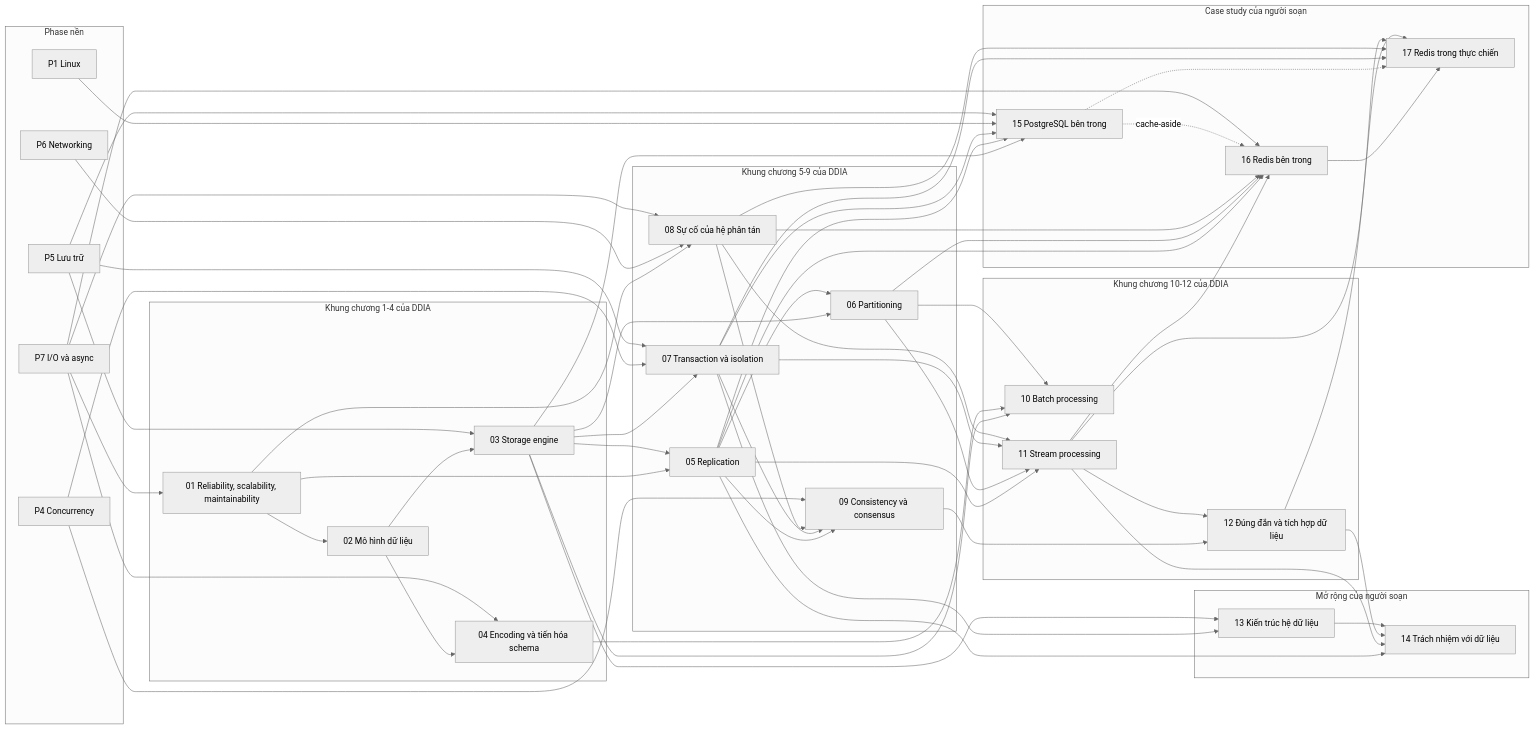
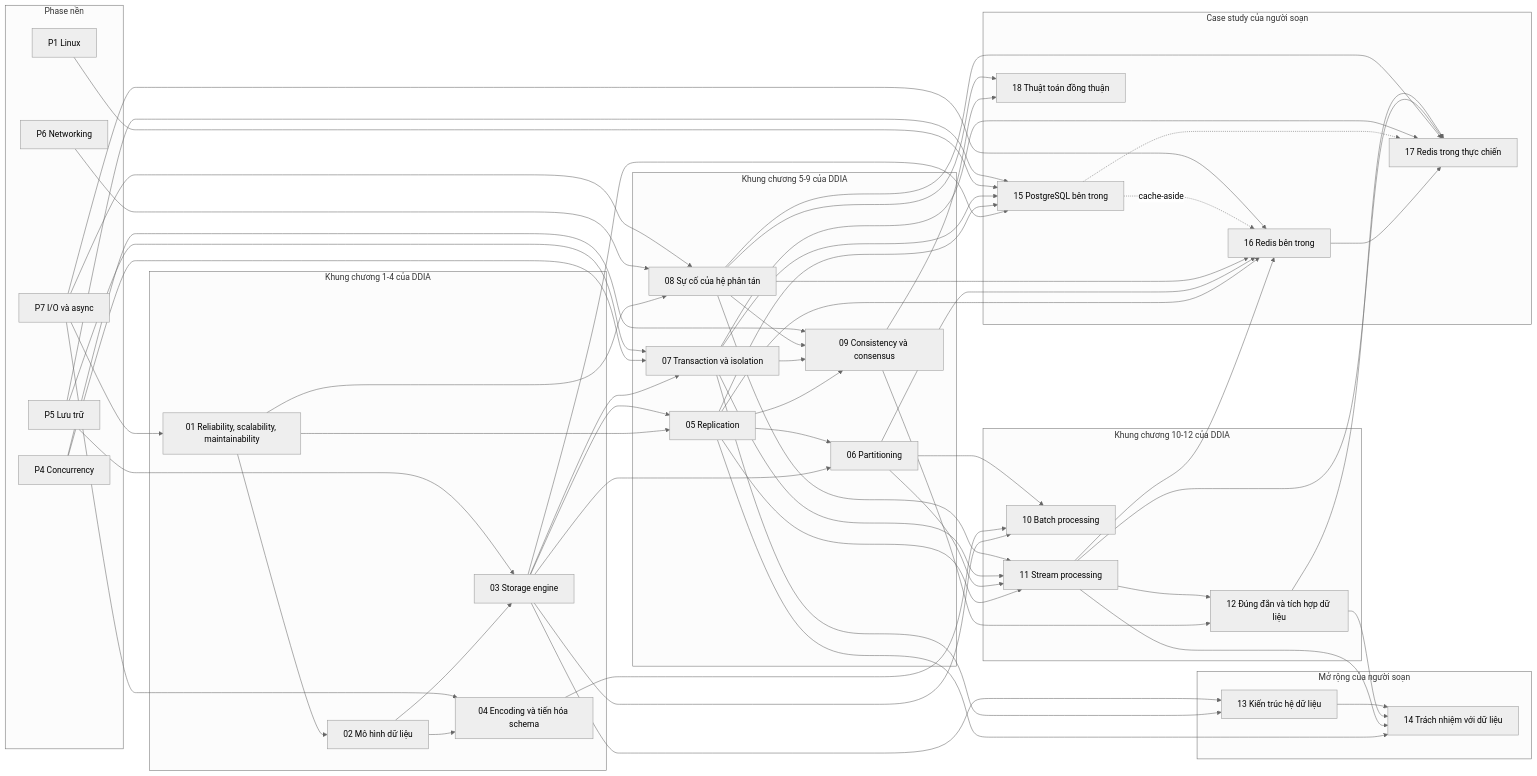
Before and after one commit to pirumu/irust: the diagram in docs/12-he-thong-du-lieu/00-tong-quan.md, drawn with Mermaid (neutral theme). The commit also changed other lines of this file and 5 other files, not shown here.

Commit message:
P12 · Chương 18: thuật toán đồng thuận (bản nháp, đang review)

```diff
--- a/docs/12-he-thong-du-lieu/00-tong-quan.md
+++ b/docs/12-he-thong-du-lieu/00-tong-quan.md
@@ -69,6 +70,7 @@
     C15["15 PostgreSQL bên trong"]
     C16["16 Redis bên trong"]
     C17["17 Redis trong thực chiến"]
+    C18["18 Thuật toán đồng thuận"]
   end
   C01 --> C02
   C02 --> C03
@@ -111,6 +113,8 @@
   C08 --> C17
   C11 --> C17
   C12 --> C17
+  C09 --> C18
+  C08 --> C18
   P1 --> C15
   P5 --> C15
   P7 --> C16
```
